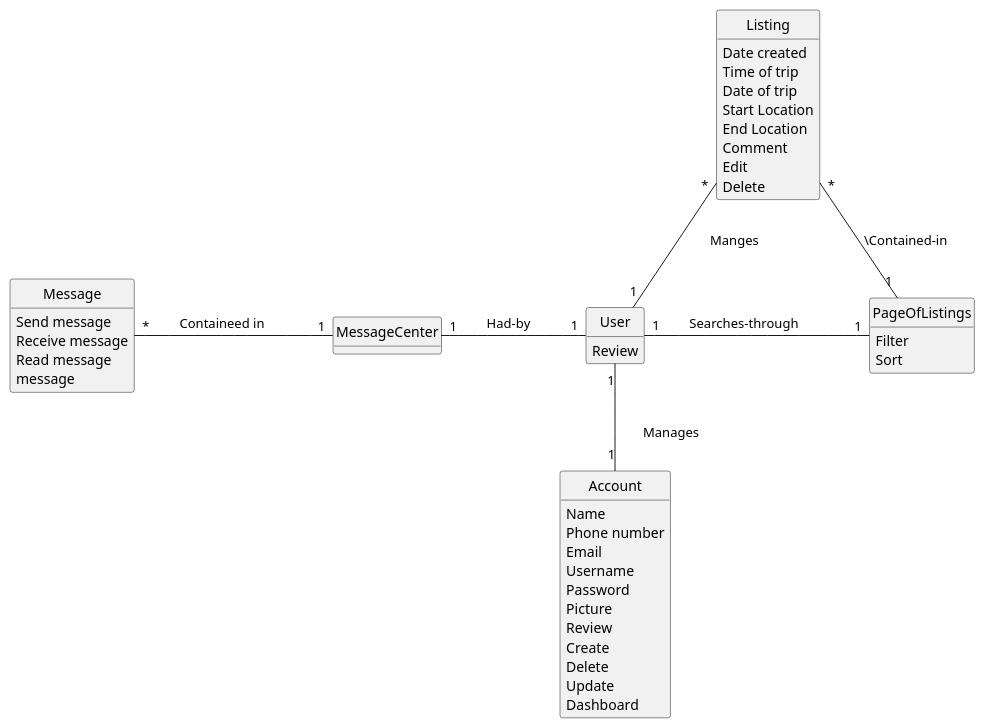
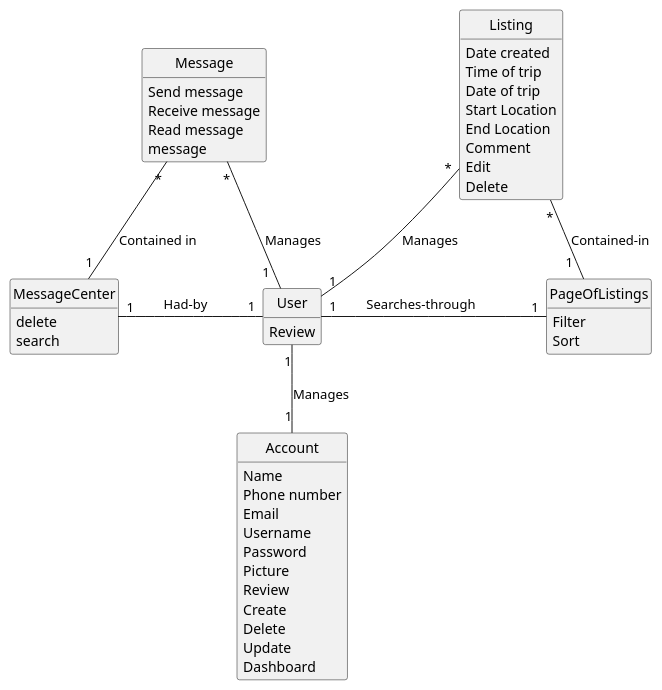
The diagram in doc/design.md (PriyaMulla/Carpool-Connect-VC), drawn with PlantUML before and after one commit.

Commit message:
Updated design

````diff
--- a/doc/design.md
+++ b/doc/design.md
@@ -3,58 +3,61 @@
 ```plantuml
 @startuml
 hide circle
 hide empty methods 
 
 'classes
 class User{
 Review
 }
 class PageOfListings{
 Filter
 Sort
 }
 class Listing{
 Date created
 Time of trip
 Date of trip
 Start Location
 End Location
 Comment
 Edit
 Delete
 }
 
 class Account{
 Name
 Phone number
 Email
 Username
 Password
 Picture
 Review
 Create
 Delete
 Update
 Dashboard
 }
 
 class Message {
 Send message
 Receive message
 Read message
 message
 }
 
 class MessageCenter{
+delete
+search
 }
 
 ' associations
-PageOfListings "1" -left- "*" Listing : \Contained-in\t\t
-MessageCenter "1" -left- "*" Message: \tContaineed in\t\t
+PageOfListings "1  " -left- "*" Listing : Contained-in\t\t
+MessageCenter "1" -up- "*" Message: Contained in\t
 User "1" -left- "1" MessageCenter : \tHad-by\t\t
 User "1" - "1" PageOfListings : \tSearches-through\t\t
-User "1" -up- "*" Listing : \tManges\t\t
-User "1" -- "1" Account : \tManages\t\t
+User "1" -up- "*" Listing : Manages\t\t
+User "1" -- "1" Account : Manages\t\t
+User "1  " -up- "*" Message : Manages\t\t
 
 @enduml
 ```
````
